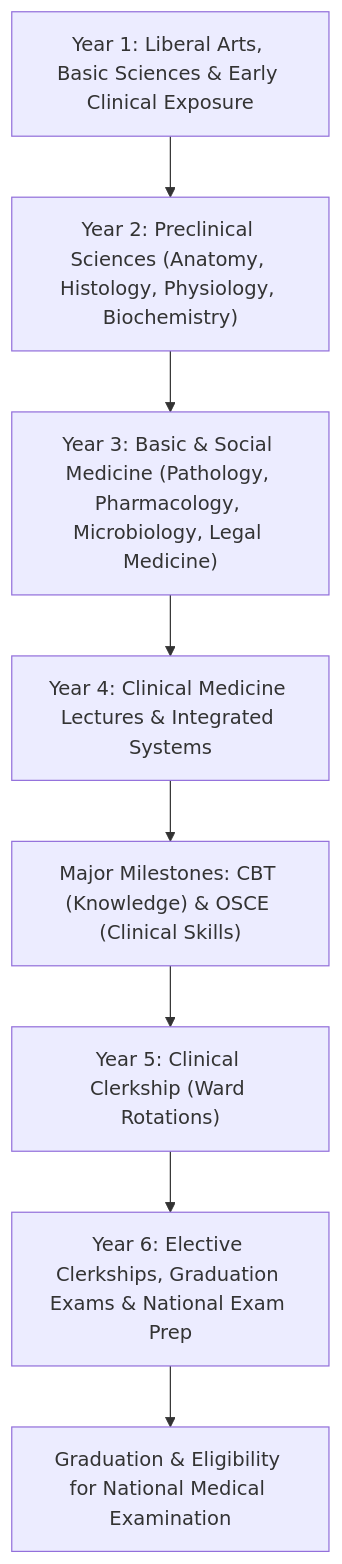
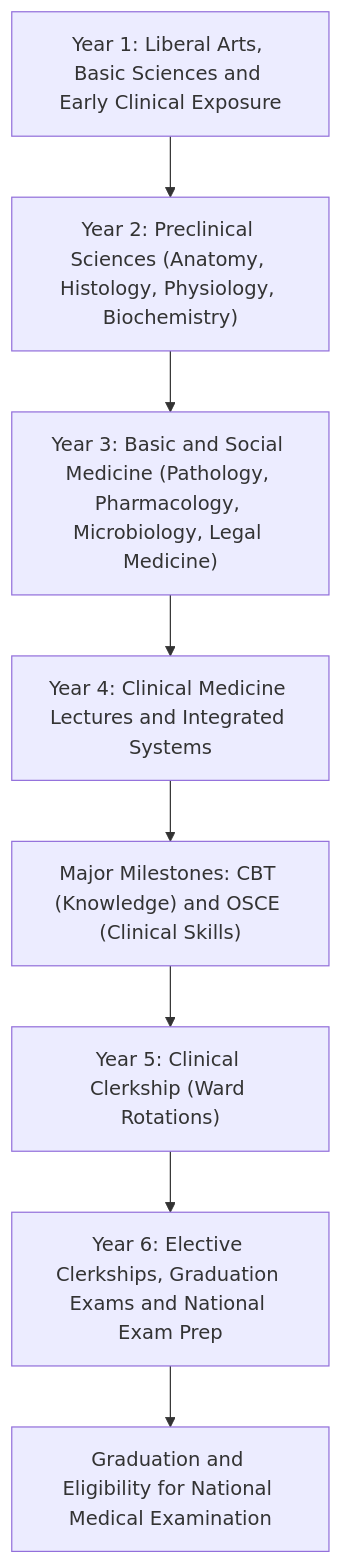
Before and after one commit to kenjinote/blog: the second of 7 diagrams in content/post/medical-doctor-education-qualifications-specialties/index.en.md, drawn with Mermaid. The commit also changed other lines of this file and 12 other files, not shown here.

Commit message:
fix(medical-doctor): resolve mermaid syntax error in subgraph and fix unrendered bold asterisks

````diff
--- a/content/post/medical-doctor-education-qualifications-specialties/index.en.md
+++ b/content/post/medical-doctor-education-qualifications-specialties/index.en.md
@@ -66,10 +66,10 @@
 ```mermaid
 flowchart TD
-    M1["Year 1: Liberal Arts, Basic Sciences & Early Clinical Exposure"] --> M2["Year 2: Preclinical Sciences (Anatomy, Histology, Physiology, Biochemistry)"]
-    M2 --> M3["Year 3: Basic & Social Medicine (Pathology, Pharmacology, Microbiology, Legal Medicine)"]
-    M3 --> M4["Year 4: Clinical Medicine Lectures & Integrated Systems"]
-    M4 --> EXAM["Major Milestones: CBT (Knowledge) & OSCE (Clinical Skills)"]
+    M1["Year 1: Liberal Arts, Basic Sciences and Early Clinical Exposure"] --> M2["Year 2: Preclinical Sciences (Anatomy, Histology, Physiology, Biochemistry)"]
+    M2 --> M3["Year 3: Basic and Social Medicine (Pathology, Pharmacology, Microbiology, Legal Medicine)"]
+    M3 --> M4["Year 4: Clinical Medicine Lectures and Integrated Systems"]
+    M4 --> EXAM["Major Milestones: CBT (Knowledge) and OSCE (Clinical Skills)"]
     EXAM --> M5["Year 5: Clinical Clerkship (Ward Rotations)"]
-    M5 --> M6["Year 6: Elective Clerkships, Graduation Exams & National Exam Prep"]
-    M6 --> GRAD["Graduation & Eligibility for National Medical Examination"]
+    M5 --> M6["Year 6: Elective Clerkships, Graduation Exams and National Exam Prep"]
+    M6 --> GRAD["Graduation and Eligibility for National Medical Examination"]
 ```
````
